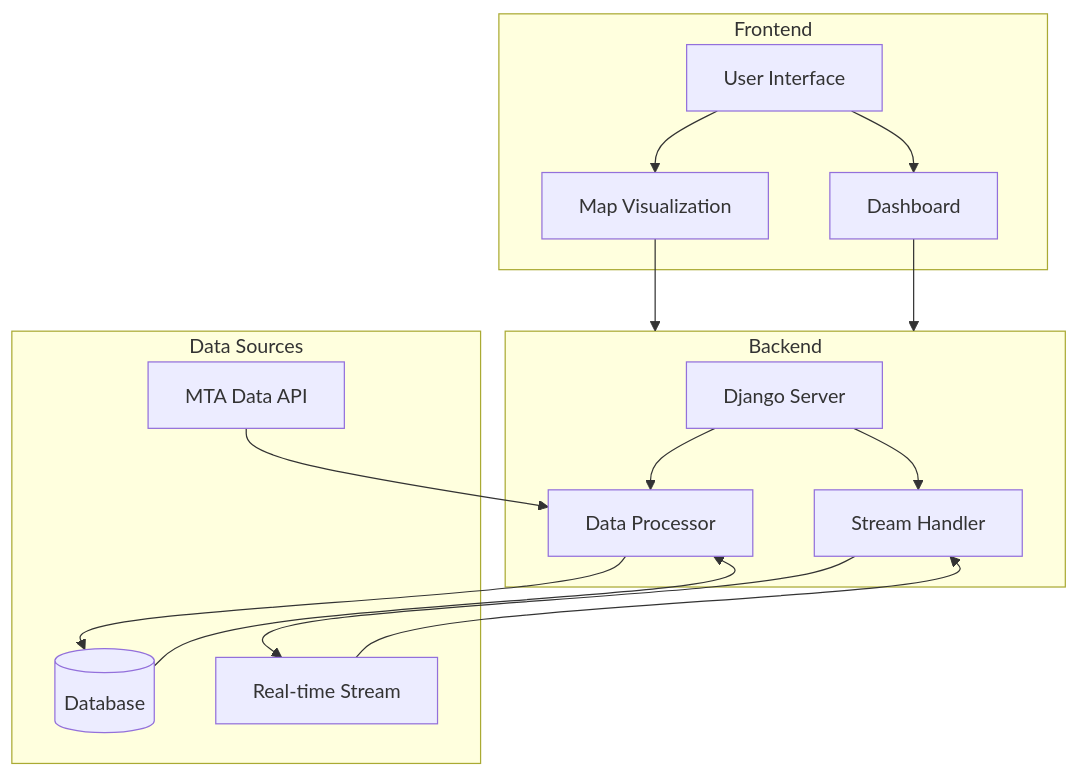
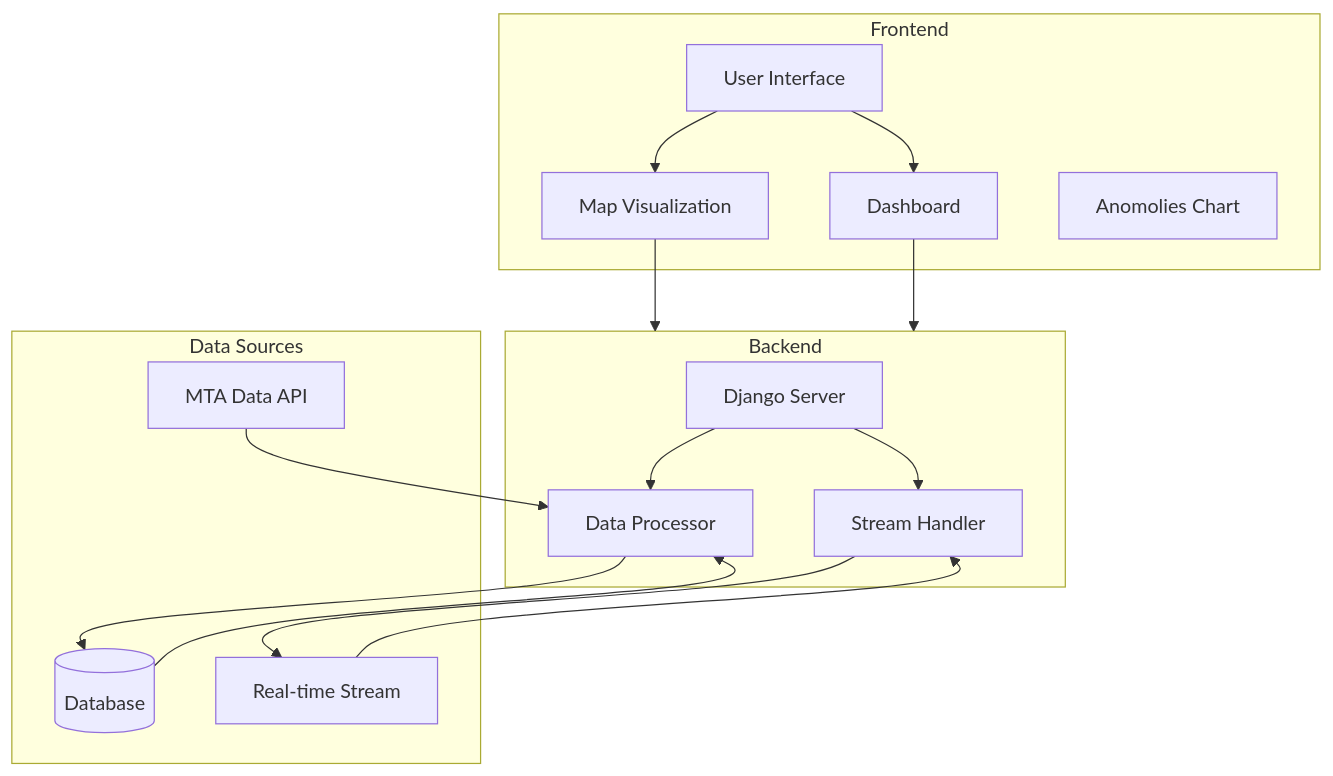
One commit to liamjdavis/Cubist-Hackathon-2025 changed the first of 2 diagrams in README.md. Above: the diagram before and after it, drawn with Mermaid.

````diff
--- a/README.md
+++ b/README.md
@@ -34,37 +34,38 @@
 ```mermaid
 graph TD
     subgraph Frontend
         UI[User Interface]
         Map[Map Visualization]
         Dashboard[Dashboard]
+        Chart[Anomolies Chart]
     end
 
     subgraph Backend
         Django[Django Server]
         DataProcessor[Data Processor]
         StreamHandler[Stream Handler]
     end
 
     subgraph Data Sources
         MTA[MTA Data API]
         RT[Real-time Stream]
         DB[(Database)]
     end
 
     %% Frontend connections
     UI --> Map
     UI --> Dashboard
     Map --> Backend
     Dashboard --> Backend
 
     %% Backend connections
     Django --> DataProcessor
     Django --> StreamHandler
     DataProcessor --> DB
     StreamHandler --> RT
 
     %% Data source connections
     MTA --> DataProcessor
     RT --> StreamHandler
     DB --> DataProcessor
 ```
````
